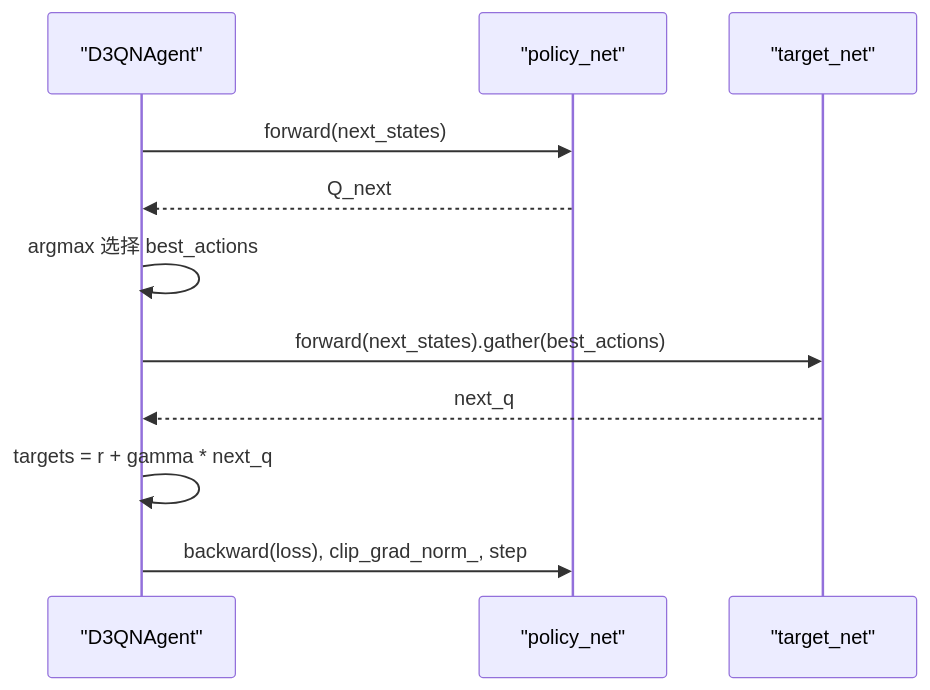
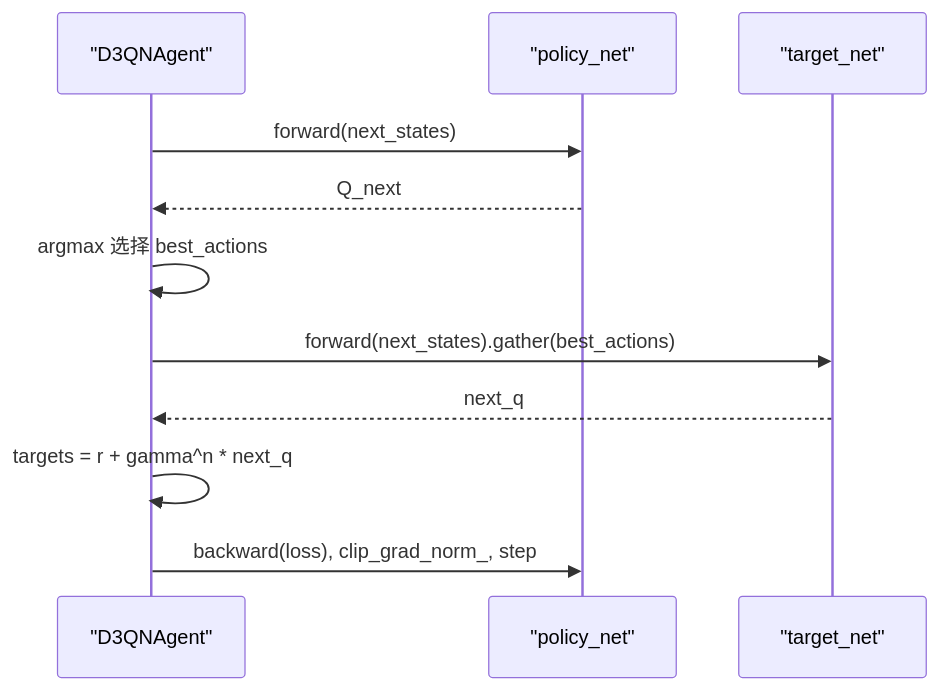
Before and after one commit to fuweiq94-cloud/3399180760000: the fifth of 7 diagrams in .qoder/repowiki/zh/content/D3QN算法实现/神经网络架构设计.md, drawn with Mermaid. The commit also changed other lines of this file and 75 other files, not shown here.

````diff
--- a/.qoder/repowiki/zh/content/D3QN算法实现/神经网络架构设计.md
+++ b/.qoder/repowiki/zh/content/D3QN算法实现/神经网络架构设计.md
@@ -180,13 +211,13 @@
 ```mermaid
 sequenceDiagram
 participant Agent as "D3QNAgent"
 participant Policy as "policy_net"
 participant Target as "target_net"
 Agent->>Policy : forward(next_states)
 Policy-->>Agent : Q_next
 Agent->>Agent : argmax 选择 best_actions
 Agent->>Target : forward(next_states).gather(best_actions)
 Target-->>Agent : next_q
-Agent->>Agent : targets = r + gamma * next_q
+Agent->>Agent : targets = r + gamma^n * next_q
 Agent->>Policy : backward(loss), clip_grad_norm_, step
 ```
````
